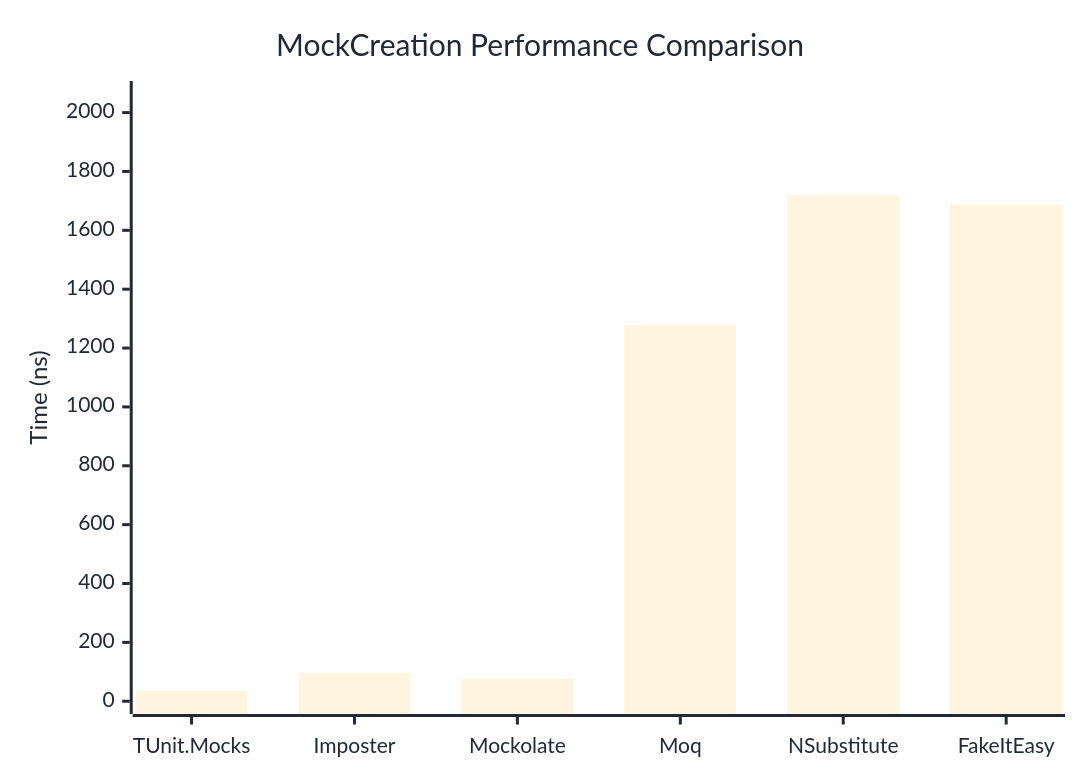
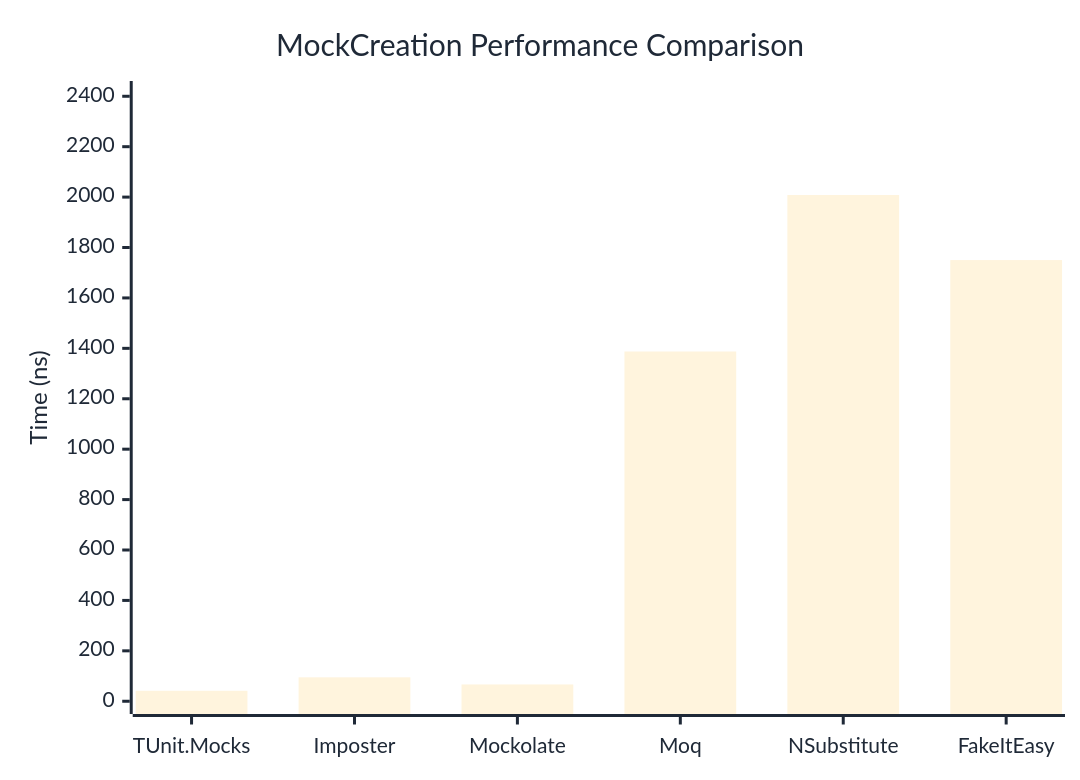
Before and after one commit to thomhurst/TUnit: the first of 2 diagrams in docs/docs/benchmarks/mocks/MockCreation.md, drawn with Mermaid. The commit also changed other lines of this file and 14 other files, not shown here.

````diff
--- a/docs/docs/benchmarks/mocks/MockCreation.md
+++ b/docs/docs/benchmarks/mocks/MockCreation.md
@@ -28,27 +28,27 @@
 ```mermaid
 %%{init: {
   'theme':'base',
   'themeVariables': {
     'primaryColor': '#2563eb',
     'primaryTextColor': '#1f2937',
     'primaryBorderColor': '#1e40af',
     'lineColor': '#6b7280',
     'secondaryColor': '#7c3aed',
     'tertiaryColor': '#dc2626',
     'background': '#ffffff',
     'pie1': '#2563eb',
     'pie2': '#7c3aed',
     'pie3': '#dc2626',
     'pie4': '#f59e0b',
     'pie5': '#10b981',
     'pie6': '#06b6d4',
     'pie7': '#ec4899',
     'pie8': '#6366f1'
   }
 }}%%
 xychart-beta
   title "MockCreation Performance Comparison"
   x-axis ["TUnit.Mocks", "Imposter", "Mockolate", "Moq", "NSubstitute", "FakeItEasy"]
-  y-axis "Time (ns)" 0 --> 2064
-  bar [36.46, 96.31, 75.73, 1277.8, 1719.2, 1688.31]
+  y-axis "Time (ns)" 0 --> 2410
+  bar [41.52, 94.9, 66.68, 1387.51, 2008.29, 1750.15]
 ```
````
